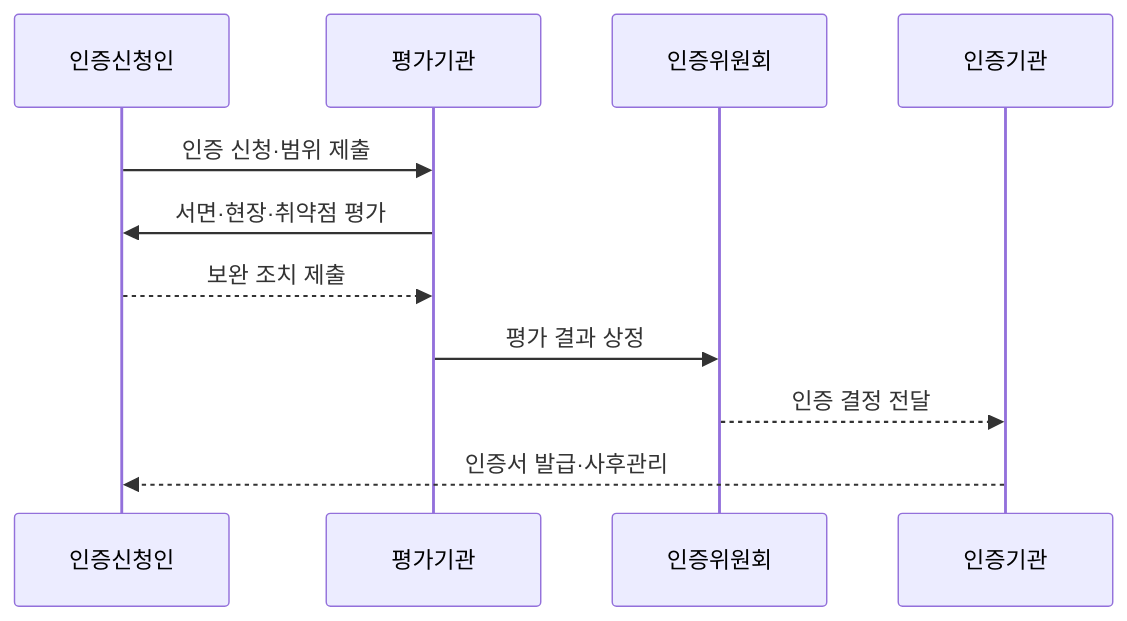
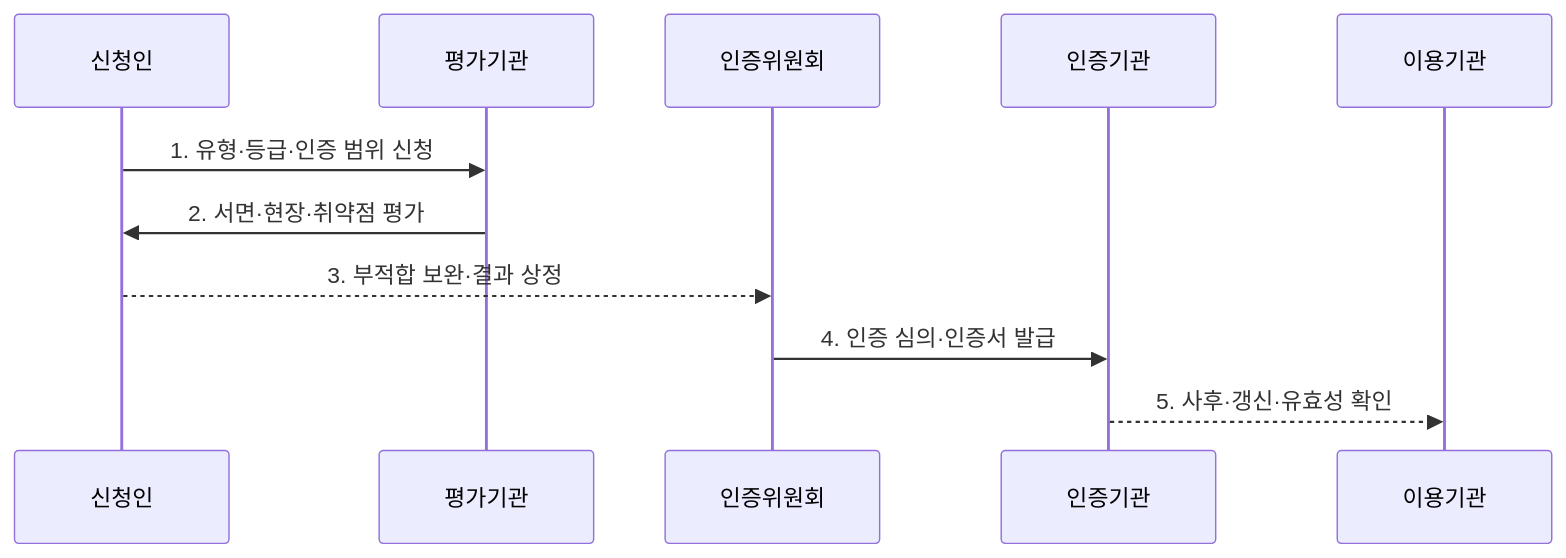
Before and after one commit to agnusdei1207/knowledge-base: the second of 2 diagrams in src/content/docs/notes/05-security/075_csap.md, drawn with Mermaid. The commit also changed other lines of this file and 8 other files, not shown here.

````diff
--- a/src/content/docs/notes/05-security/075_csap.md
+++ b/src/content/docs/notes/05-security/075_csap.md
@@ -90,13 +86,13 @@
 ```mermaid
 sequenceDiagram
-    participant A as 인증신청인
+    participant A as 신청인
     participant E as 평가기관
     participant C as 인증위원회
     participant I as 인증기관
-    A->>E: 인증 신청·범위 제출
-    E->>A: 서면·현장·취약점 평가
-    A-->>E: 보완 조치 제출
-    E->>C: 평가 결과 상정
-    C-->>I: 인증 결정 전달
-    I-->>A: 인증서 발급·사후관리
+    participant U as 이용기관
+    A->>E: 1. 유형·등급·인증 범위 신청
+    E->>A: 2. 서면·현장·취약점 평가
+    A-->>C: 3. 부적합 보완·결과 상정
+    C->>I: 4. 인증 심의·인증서 발급
+    I-->>U: 5. 사후·갱신·유효성 확인
 ```
````
